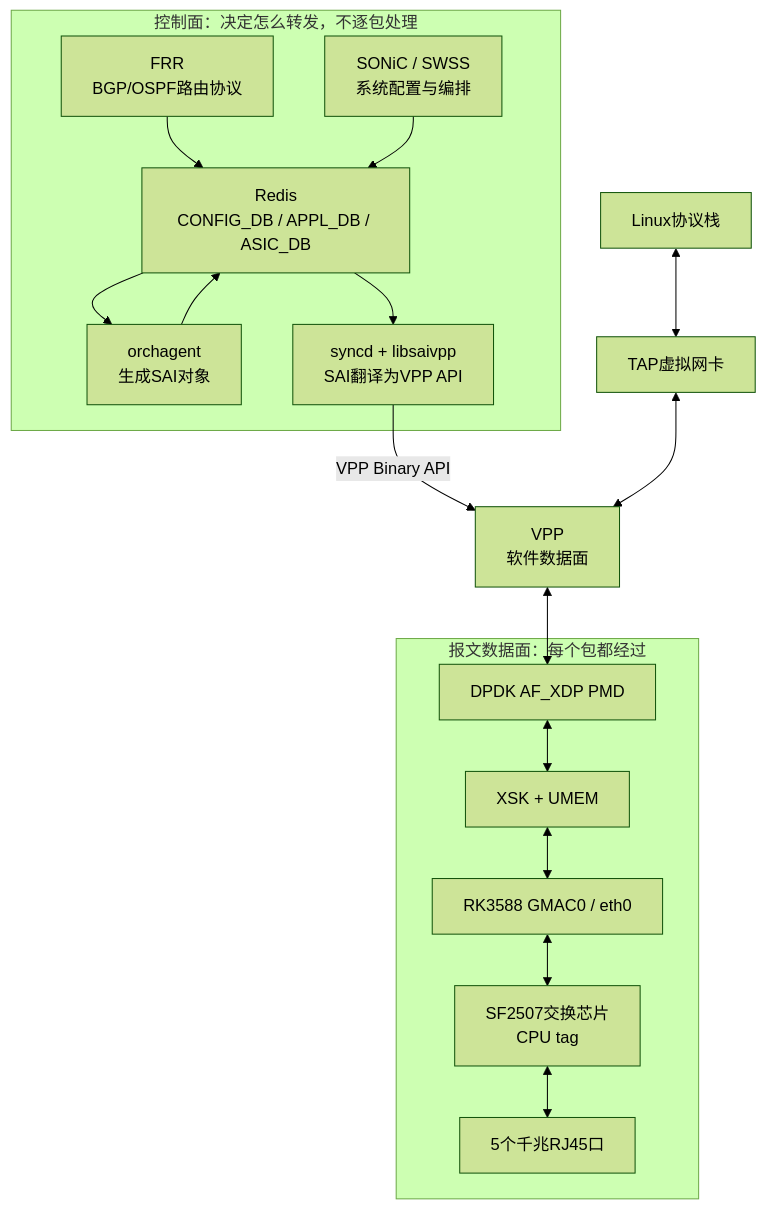
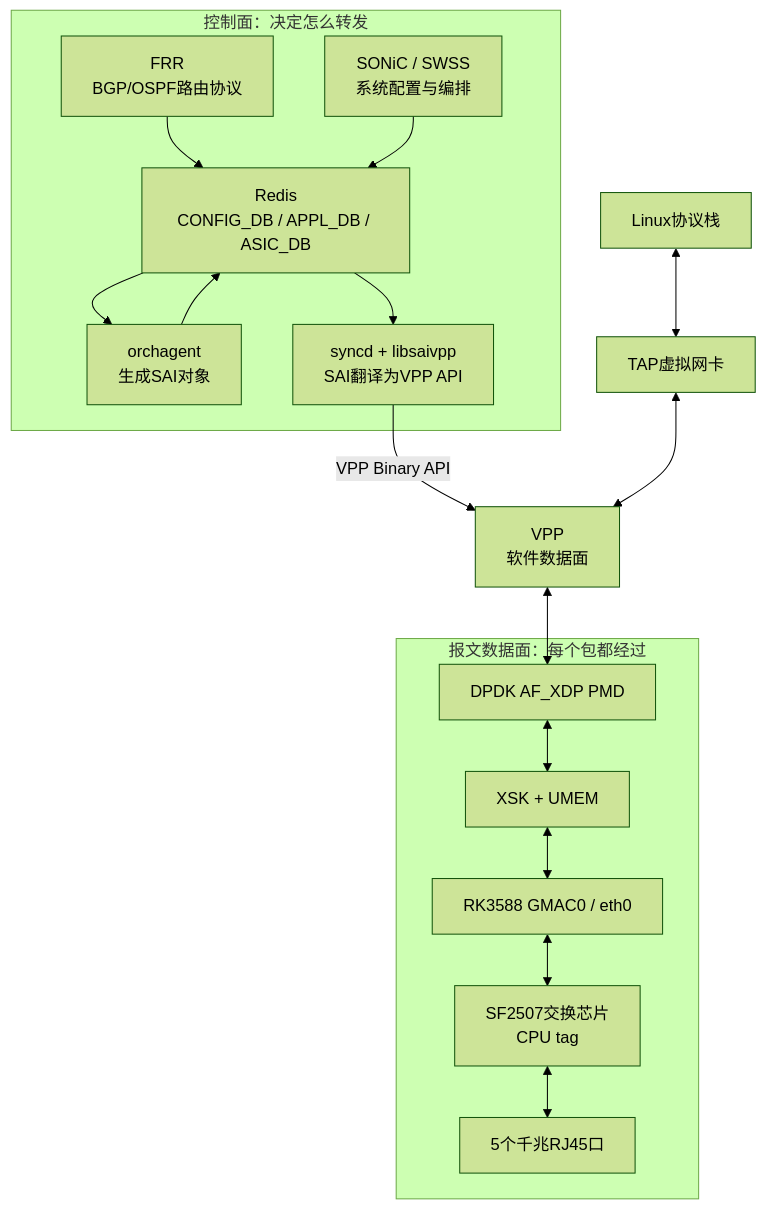
The second of 8 diagrams in 网络相关/VPP架构.md (InfinitePersistence/supreme-octo-meme), drawn with Mermaid (forest theme) before and after one commit. The commit also changed other lines of this file and 2 other files, not shown here.

````diff
--- a/网络相关/VPP架构.md
+++ b/网络相关/VPP架构.md
@@ -353,34 +353,34 @@
 ```mermaid
 flowchart TB
-    subgraph CP["控制面：决定怎么转发，不逐包处理"]
+    subgraph CP["控制面：决定怎么转发"]
         FRR["FRR<br/>BGP/OSPF路由协议"]
         SONIC["SONiC / SWSS<br/>系统配置与编排"]
         REDIS["Redis<br/>CONFIG_DB / APPL_DB / ASIC_DB"]
         ORCH["orchagent<br/>生成SAI对象"]
         SYNCD["syncd + libsaivpp<br/>SAI翻译为VPP API"]
 
         FRR --> REDIS
         SONIC --> REDIS
         REDIS --> ORCH
         ORCH --> REDIS
         REDIS --> SYNCD
     end
 
     SYNCD -->|"VPP Binary API"| VPP["VPP<br/>软件数据面"]
 
     subgraph DP["报文数据面：每个包都经过"]
         PMD["DPDK AF_XDP PMD"]
         XSK["XSK + UMEM"]
         GMAC["RK3588 GMAC0 / eth0"]
         SF["SF2507交换芯片<br/>CPU tag"]
         RJ45["5个千兆RJ45口"]
     end
 
     VPP <--> PMD
     PMD <--> XSK
     XSK <--> GMAC
     GMAC <--> SF
     SF <--> RJ45
 
     LINUX["Linux协议栈"] <--> TAP["TAP虚拟网卡"] <--> VPP
 ```
````
